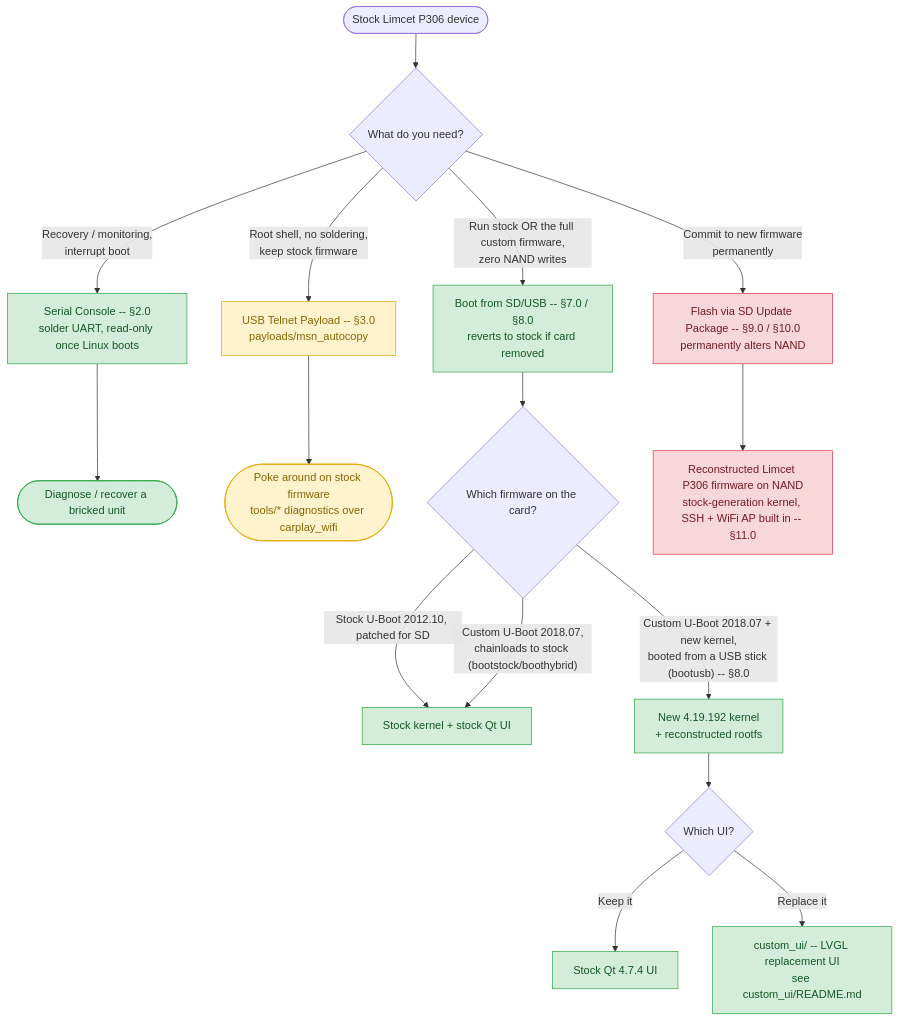
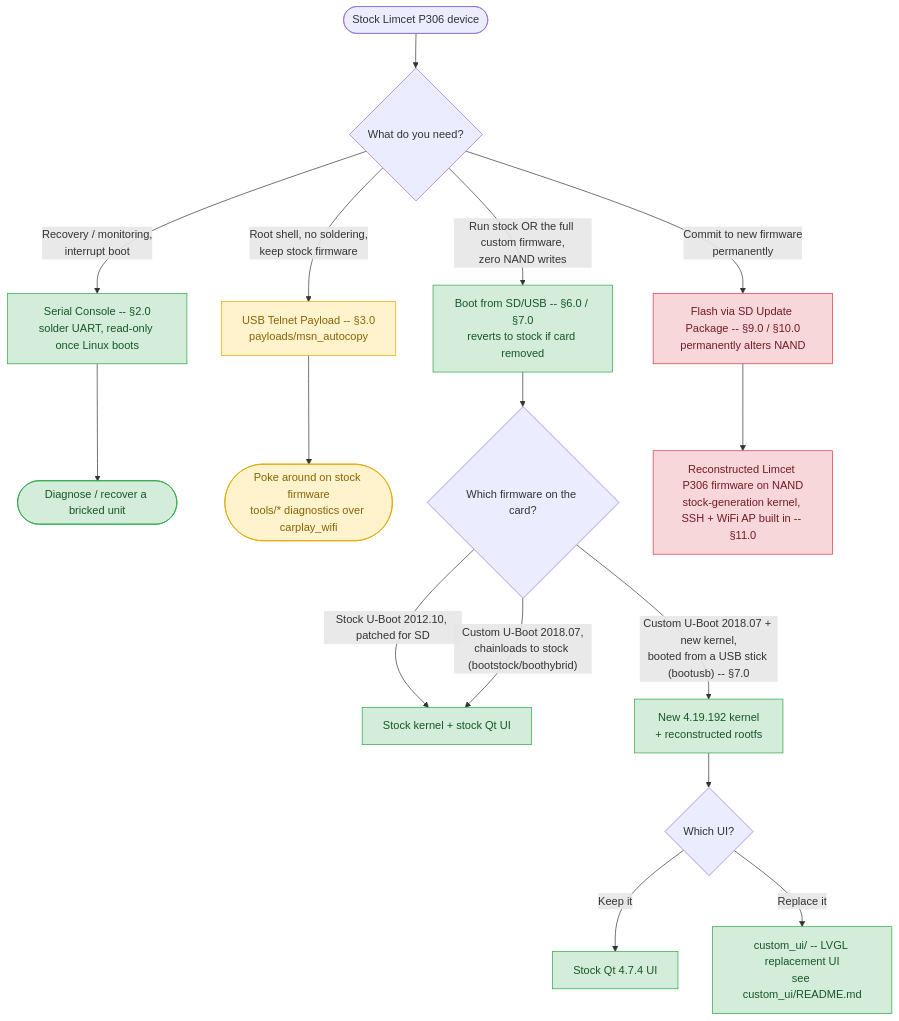
The diagram in README.md (yogihybo/Limcet-P305-Box-Android-Auto-Carplay), drawn with Mermaid before and after one commit. The commit also changed other lines of this file and 12 other files, not shown here.

````diff
--- a/README.md
+++ b/README.md
@@ -11,30 +11,30 @@
 ```mermaid
 flowchart TD
     Start(["Stock Limcet P306 device"]) --> Q1{"What do you need?"}
 
     Q1 -->|"Recovery / monitoring,<br/>interrupt boot"| Serial["Serial Console -- §2.0<br/>solder UART, read-only once Linux boots"]
     Q1 -->|"Root shell, no soldering,<br/>keep stock firmware"| Telnet["USB Telnet Payload -- §3.0<br/>payloads/msn_autocopy"]
-    Q1 -->|"Run stock OR the full custom firmware,<br/>zero NAND writes"| SDBoot["Boot from SD/USB -- §7.0 / §8.0<br/>reverts to stock if card removed"]
+    Q1 -->|"Run stock OR the full custom firmware,<br/>zero NAND writes"| SDBoot["Boot from SD/USB -- §6.0 / §7.0<br/>reverts to stock if card removed"]
     Q1 -->|"Commit to new firmware<br/>permanently"| Flash["Flash via SD Update Package -- §9.0 / §10.0<br/>permanently alters NAND"]
 
     Serial --> Diagnose(["Diagnose / recover a bricked unit"])
     Telnet --> Poke(["Poke around on stock firmware<br/>tools/* diagnostics over carplay_wifi"])
 
     SDBoot --> Q2{"Which firmware on the card?"}
     Q2 -->|"Stock U-Boot 2012.10, patched for SD"| StockPath["Stock kernel + stock Qt UI"]
     Q2 -->|"Custom U-Boot 2018.07,<br/>chainloads to stock (bootstock/boothybrid)"| StockPath
-    Q2 -->|"Custom U-Boot 2018.07 + new kernel,<br/>booted from a USB stick (bootusb) -- §8.0"| NewKernel["New 4.19.192 kernel<br/>+ reconstructed rootfs"]
+    Q2 -->|"Custom U-Boot 2018.07 + new kernel,<br/>booted from a USB stick (bootusb) -- §7.0"| NewKernel["New 4.19.192 kernel<br/>+ reconstructed rootfs"]
 
     Flash --> Recon["Reconstructed Limcet P306 firmware on NAND<br/>stock-generation kernel, SSH + WiFi AP built in -- §11.0"]
 
     NewKernel --> Q3{"Which UI?"}
     Q3 -->|"Keep it"| StockUI["Stock Qt 4.7.4 UI"]
     Q3 -->|"Replace it"| CustomUI["custom_ui/ -- LVGL replacement UI<br/>see custom_ui/README.md"]
 
     classDef lowrisk fill:#d4edda,stroke:#28a745,color:#155724
     classDef medrisk fill:#fff3cd,stroke:#e0a800,color:#856404
     classDef highrisk fill:#f8d7da,stroke:#dc3545,color:#721c24
     class Serial,SDBoot,Diagnose,StockPath,StockUI,NewKernel,CustomUI lowrisk
     class Telnet,Poke medrisk
     class Flash,Recon highrisk
 ```
````
